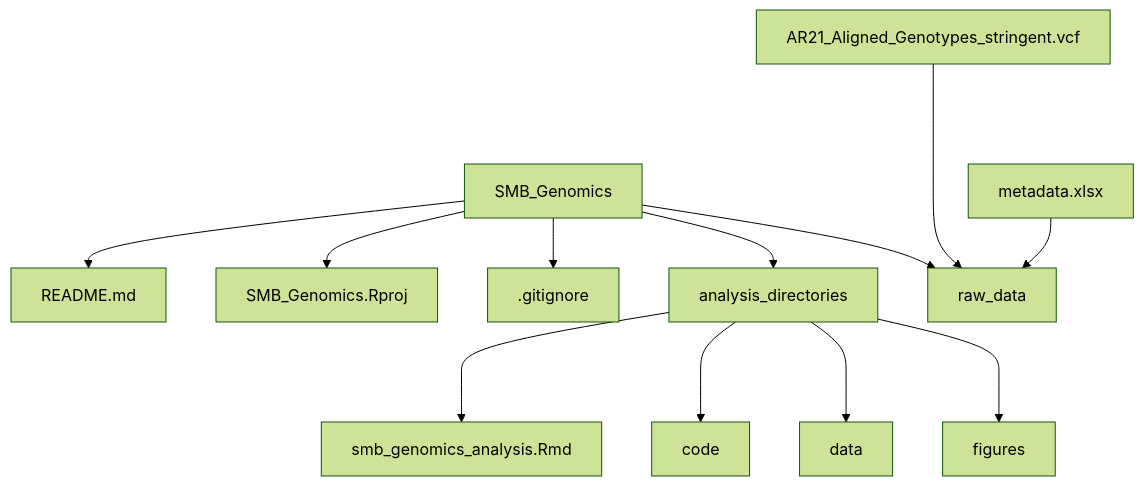
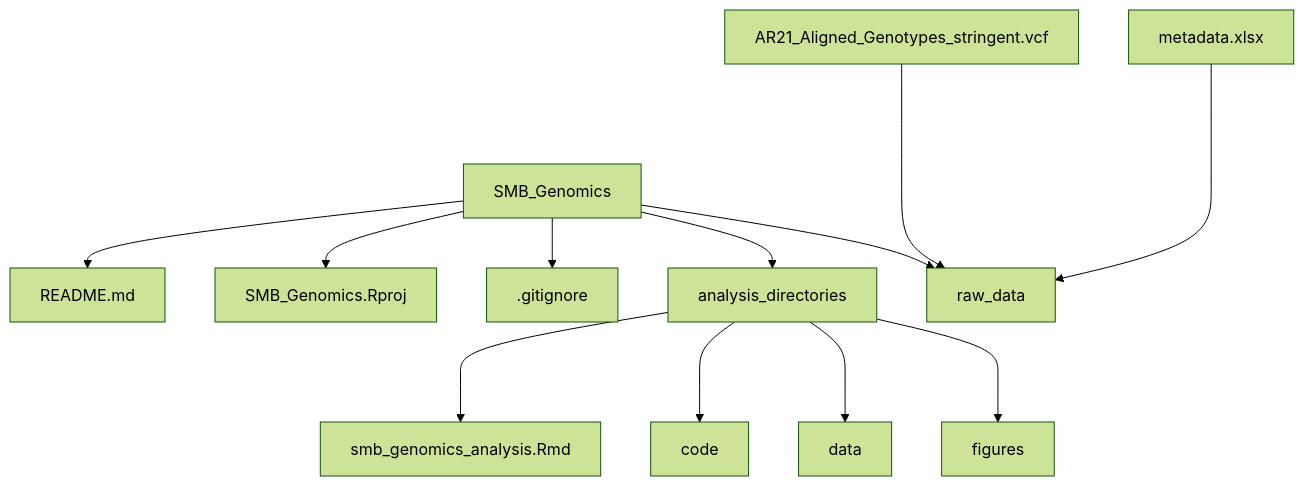
Before and after one commit to jcg5g9/SMB_Genomics: the third of 3 diagrams in README.md, drawn with Mermaid (forest theme).

Commit message:
made metadata arrow length longer

````diff
--- a/README.md
+++ b/README.md
@@ -88,14 +88,14 @@
 ```mermaid
 graph TD
   SMB_Genomics --> README.md
   SMB_Genomics --> SMB_Genomics.Rproj
   SMB_Genomics --> .gitignore
   SMB_Genomics --> analysis_directories
   analysis_directories ---> smb_genomics_analysis.Rmd
   analysis_directories ---> code
   analysis_directories ---> data
   analysis_directories ---> figures
   SMB_Genomics --> raw_data
   AR21_Aligned_Genotypes_stringent.vcf ----> raw_data
-  metadata.xlsx --> raw_data
+  metadata.xlsx ----> raw_data
 ```
````
